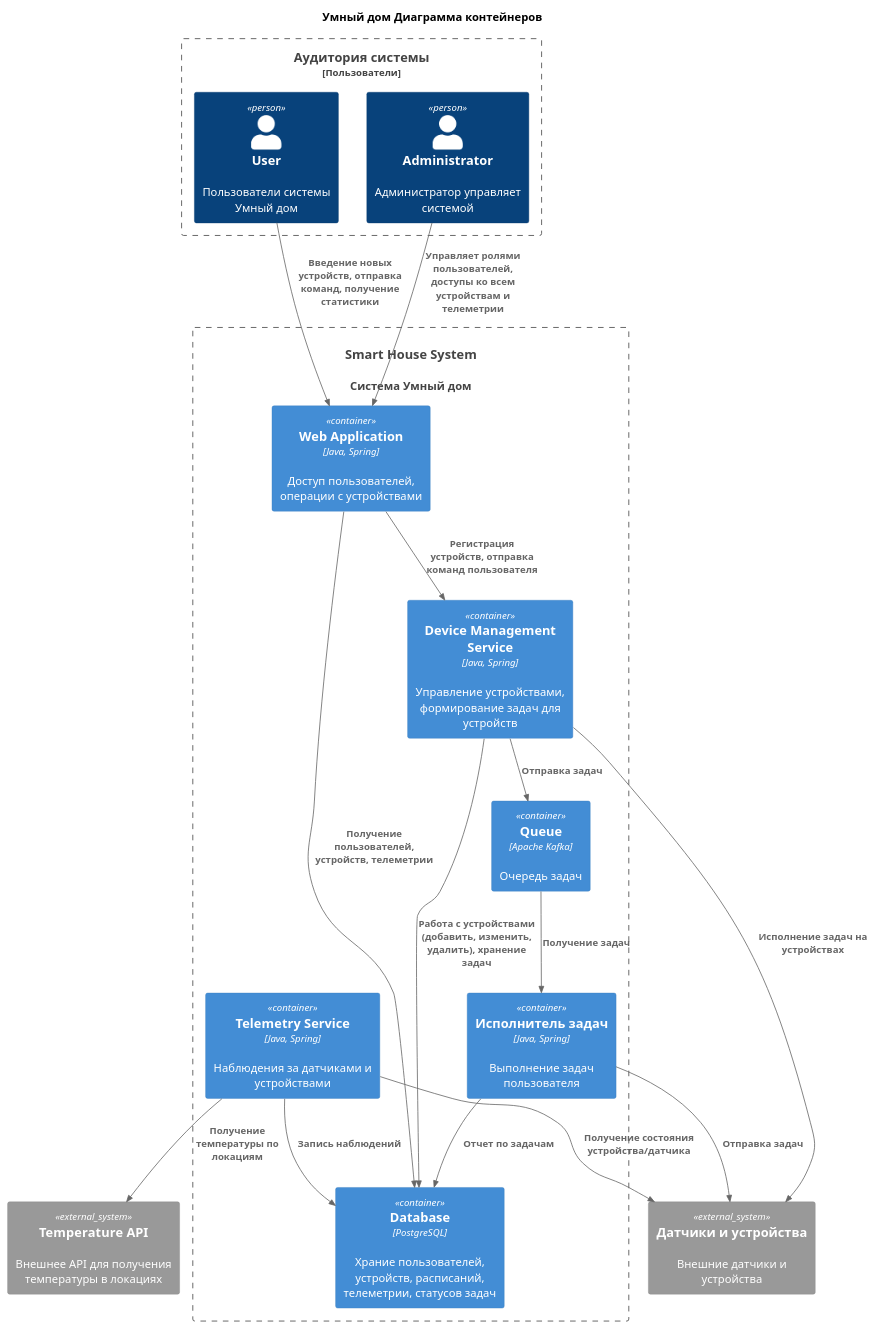
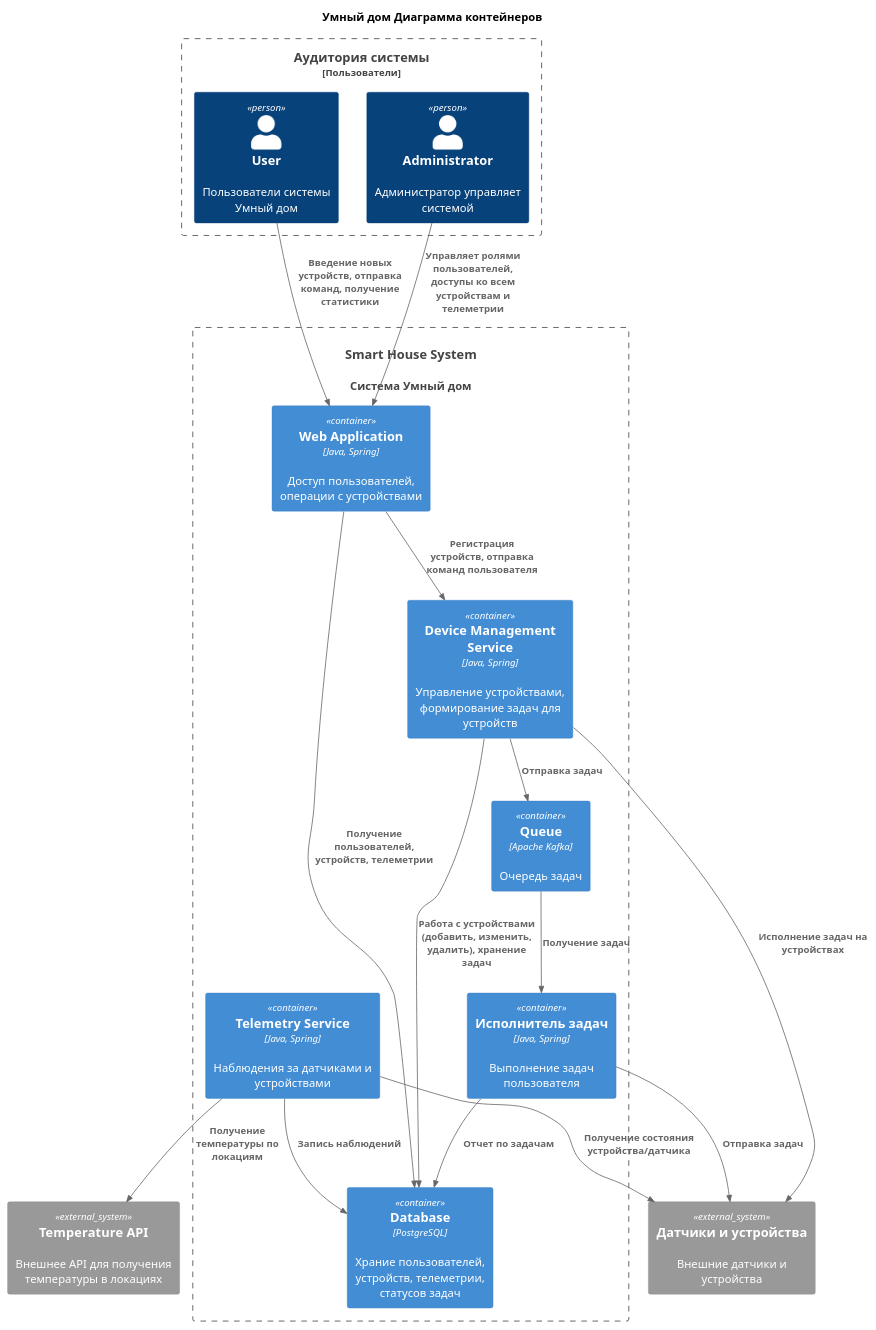
Before and after one commit to alex1056/architecture-warmhouse: the diagram in monolithpuml/Task_2_3_Container.puml, drawn with PlantUML. The commit also changed 1 other file, not shown here.

Commit message:
Диаграмма компонентов

```diff
--- a/monolithpuml/Task_2_3_Container.puml
+++ b/monolithpuml/Task_2_3_Container.puml
@@ -1,46 +1,46 @@
 @startuml
 title Умный дом Диаграмма контейнеров
 
 top to bottom direction
 
 !includeurl https://raw.githubusercontent.com/RicardoNiepel/C4-PlantUML/master/C4_Component.puml
 '
 'Person(user, "User", "Пользователи системы Умный дом")
 'Person(admin, "Administrator", "Администратор который управляет системой")
 System(SmartHouseSystem, "Smart House System", "Система Умный дом")
 
 Boundary(users_group, "Аудитория системы", "Пользователи") {
     Person(user, "User", "Пользователи системы Умный дом")
     Person(admin, "Administrator", "Администратор управляет системой")
 }
 
 Container_Boundary(SmartHouseSystem, "Smart House System") {
   Container(WebApp, "Web Application", "Java, Spring", "Доступ пользователей, операции с устройствами")
   Container(TaskExecutor, "Исполнитель задач", "Java, Spring", "Выполнение задач пользователя")
   Container(TelemetryService, "Telemetry Service", "Java, Spring", "Наблюдения за датчиками и устройствами")
   Container(DeviceManagementService, "Device Management Service", "Java, Spring", "Управление устройствами, формирование задач для устройств")
-  Container(Database, "Database", "PostgreSQL", "Храние пользователей, устройств, расписаний, телеметрии, статусов задач")
+  Container(Database, "Database", "PostgreSQL", "Храние пользователей, устройств, телеметрии, статусов задач")
   Container(Queue, "Queue", "Apache Kafka", "Очередь задач")
 }
 
 System_Ext(thirdPartyApi, "Датчики и устройства", "Внешние датчики и устройства")
 System_Ext(tempApi, "Temperature API", "Внешнее API для получения температуры в локациях")
 
 Rel(WebApp,DeviceManagementService,"Регистрация устройств, отправка команд пользователя")
 Rel(WebApp,Database,"Получение пользователей, устройств, телеметрии")
 Rel(TelemetryService,Database,"Запись наблюдений")
 Rel(user, WebApp, "Введение новых устройств, отправка команд, получение статистики")
 Rel(admin, WebApp,"Управляет ролями пользователей, доступы ко всем устройствам и телеметрии")
 'Rel(WebApp,SmartHouseApp,"Инсталляция новых устройств, Постановка предварительных задач автоматизации")
 Rel(TelemetryService,tempApi,"Получение температуры по локациям")
 Rel(DeviceManagementService,Database,"Работа с устройствами (добавить, изменить, удалить), хранение задач")
 Rel(DeviceManagementService,thirdPartyApi,"Исполнение задач на устройствах")
 Rel(DeviceManagementService, Queue,"Отправка задач")
 Rel(Queue, TaskExecutor,"Получение задач")
 Rel(TaskExecutor, thirdPartyApi,"Отправка задач")
 Rel(TaskExecutor, "Database","Отчет по задачам")
 'Rel(SmartHouseApp,Queue,"Постановка задач")
 'Rel(SmartHouseApp,Database,"Получение пользовательского рассписания работы устройств, логирование назначенных задач и их статусов")
 'Rel(WebApp,api,"Fetches fitness data")
 Rel(TelemetryService,thirdPartyApi,"Получение состояния устройства/датчика")
 @enduml
```
